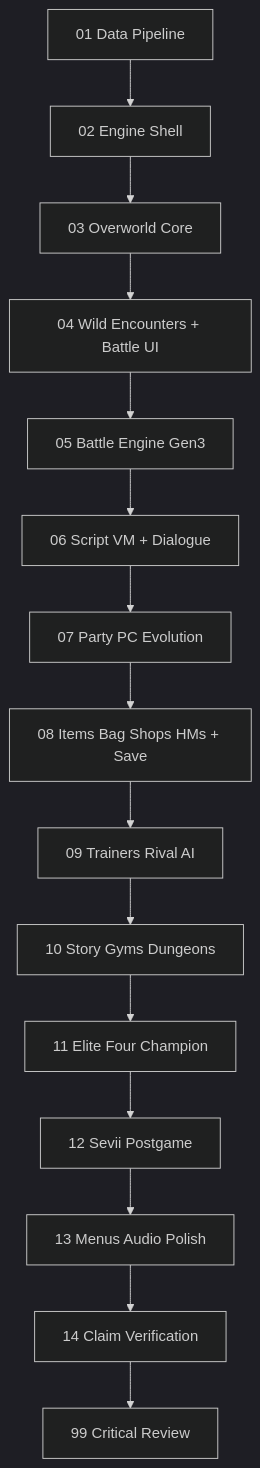
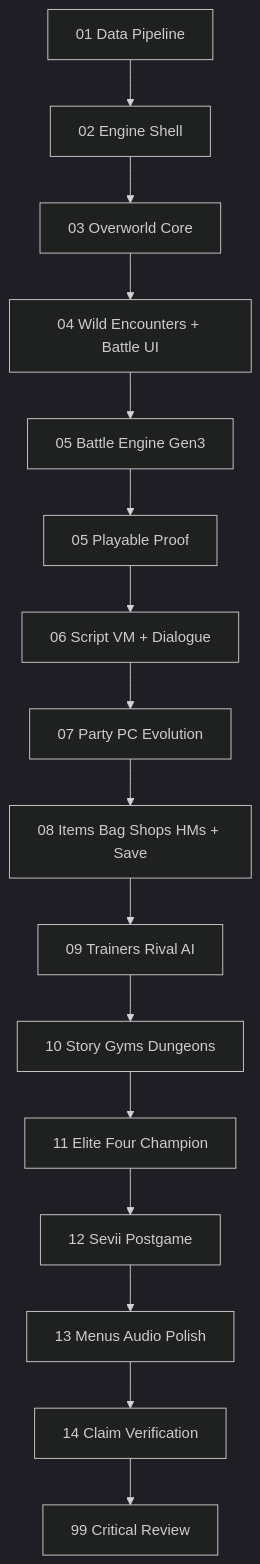
The diagram in buildprints/pokemon-fire-red/03-phases/phase-flow.md (DomEscobar/agent-buildprint), drawn with Mermaid (dark theme) before and after one commit. The commit also changed other lines of this file and 18 other files, not shown here.

First line of the commit message:
Harden Pokemon FireRed buildprint with playable proof and sprite blockers.

````diff
--- a/buildprints/pokemon-fire-red/03-phases/phase-flow.md
+++ b/buildprints/pokemon-fire-red/03-phases/phase-flow.md
@@ -25,33 +22,18 @@
 ```mermaid
-
 flowchart TD
-
   P01[01 Data Pipeline] --> P02[02 Engine Shell]
-
   P02 --> P03[03 Overworld Core]
-
   P03 --> P04[04 Wild Encounters + Battle UI]
-
   P04 --> P05[05 Battle Engine Gen3]
-
-  P05 --> P06[06 Script VM + Dialogue]
-
+  P05 --> P05P[05 Playable Proof]
+  P05P --> P06[06 Script VM + Dialogue]
   P06 --> P07[07 Party PC Evolution]
-
   P07 --> P08[08 Items Bag Shops HMs + Save]
-
   P08 --> P09[09 Trainers Rival AI]
-
   P09 --> P10[10 Story Gyms Dungeons]
-
   P10 --> P11[11 Elite Four Champion]
-
   P11 --> P12[12 Sevii Postgame]
-
   P12 --> P13[13 Menus Audio Polish]
-
   P13 --> P14[14 Claim Verification]
-
   P14 --> P99[99 Critical Review]
-
 ```
````
